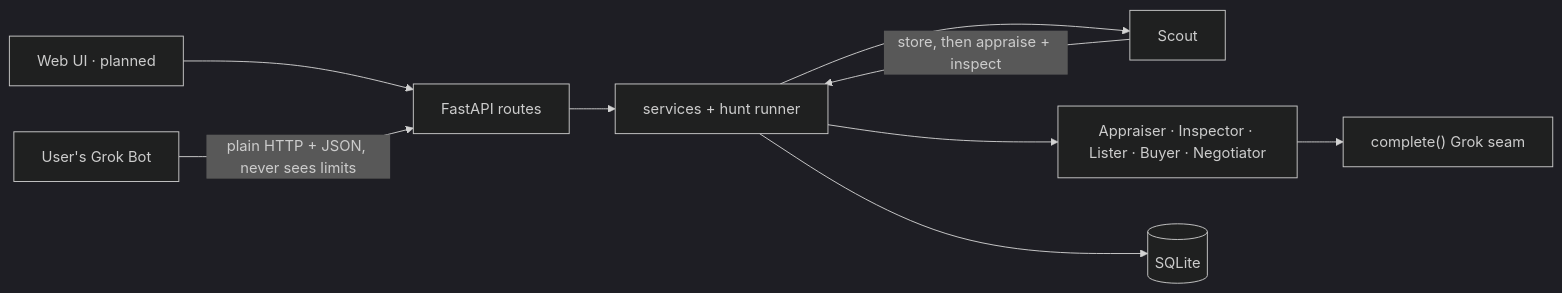
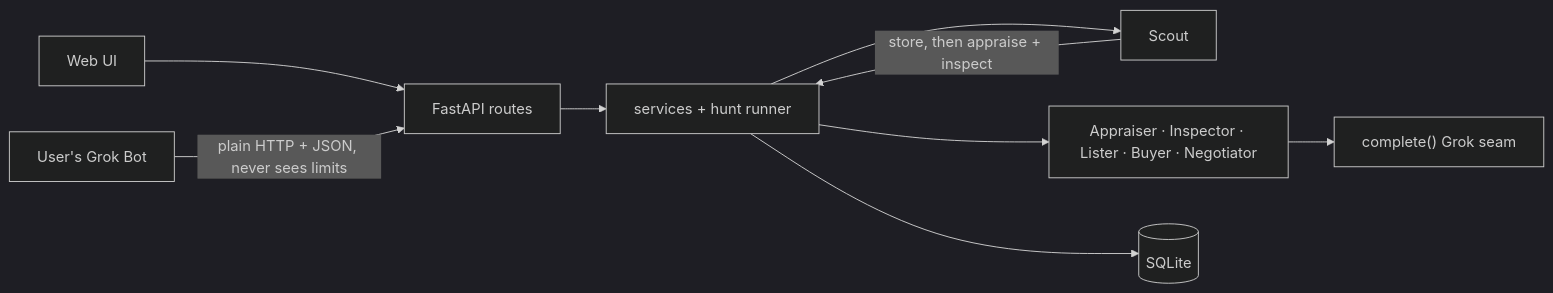
Before and after one commit to srivatsav-kannan/grokbot-hackathon: the diagram in README.md, drawn with Mermaid (dark theme). The commit also changed other lines of this file and 1 other file, not shown here.

````diff
--- a/README.md
+++ b/README.md
@@ -39,20 +39,20 @@
 ```mermaid
 flowchart LR
-  Web["Web UI · planned"]
+  Web["Web UI"]
   Bot["User's Grok Bot"]
   API["FastAPI routes"]
   Svc["services + hunt runner"]
   Scout["Scout"]
   Agents["Appraiser · Inspector · Lister · Buyer · Negotiator"]
   LLM["complete() Grok seam"]
   DB[(SQLite)]
 
   Web --> API
   Bot -->|"plain HTTP + JSON, never sees limits"| API
   API --> Svc
   Svc --> Scout
   Svc --> Agents
   Svc --> DB
   Scout -->|"store, then appraise + inspect"| Svc
   Agents --> LLM
 ```
````
